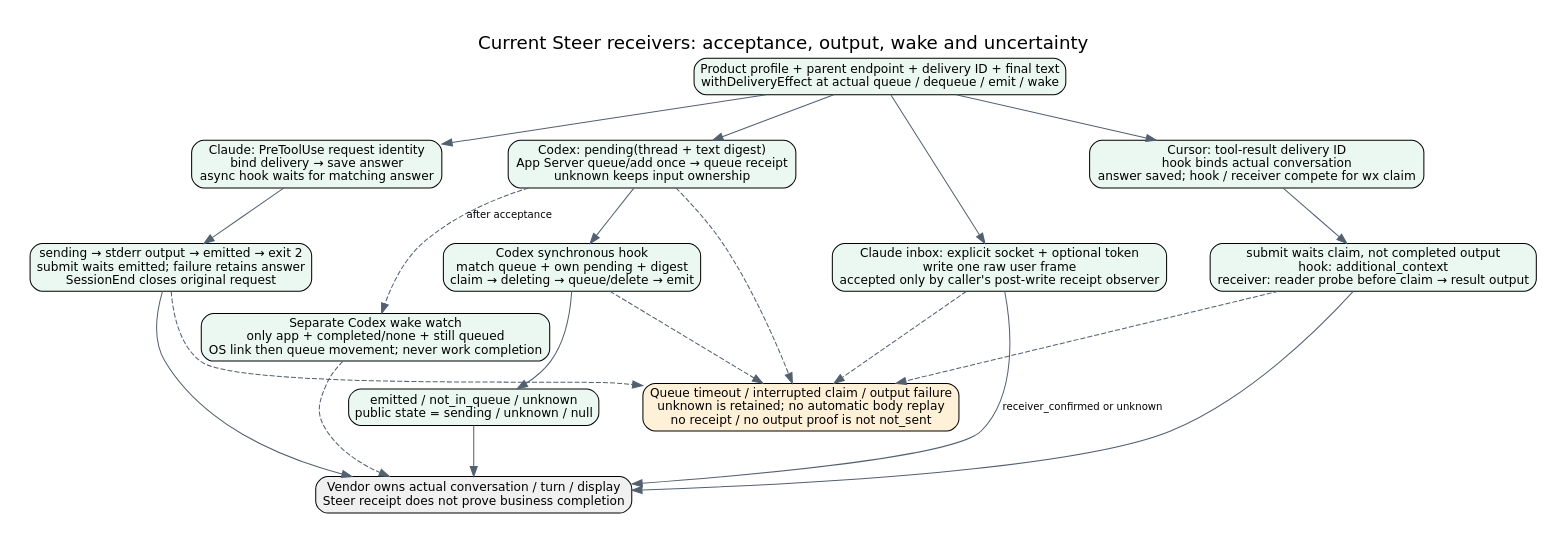
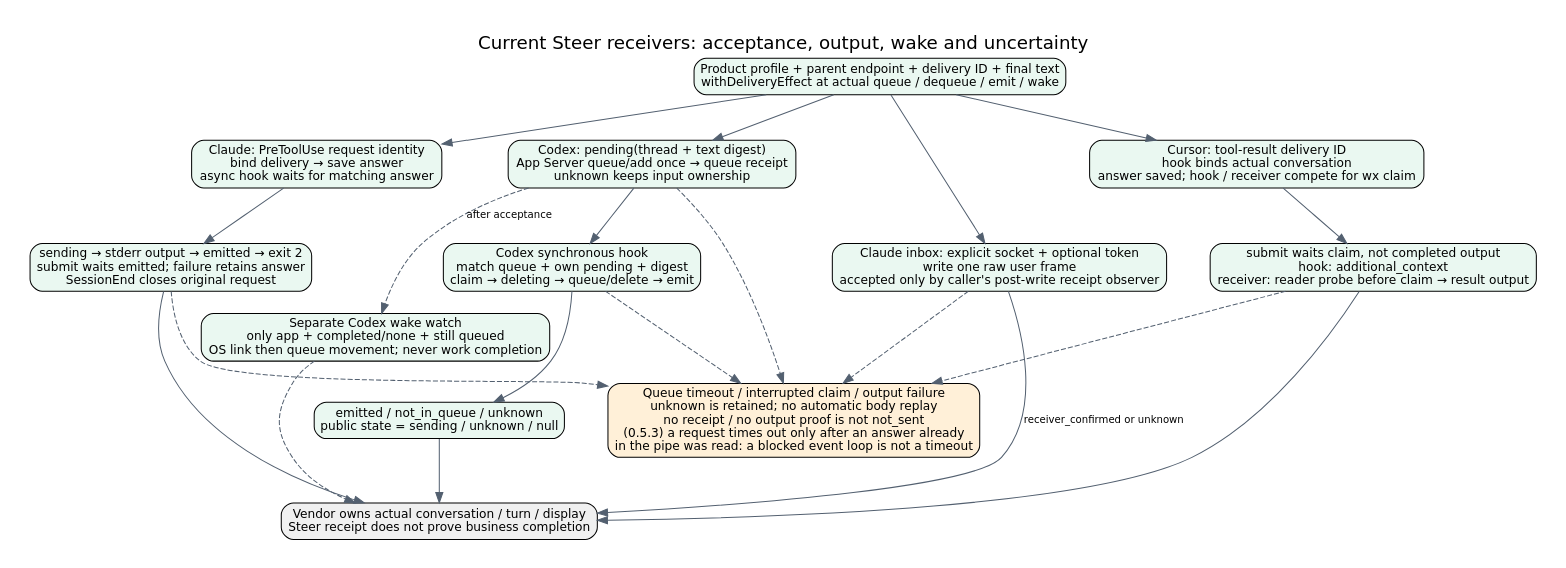
One commit to kitepon/aiterm-steer-delivery changed the diagram in docs/architecture/steer-receivers.dot. Above: the diagram before and after it, drawn with Graphviz. The commit also changed 6 other files, not shown here.

First line of the commit message:
Read an answer already in the pipe before a Codex request times out (0.5.3)

```diff
--- a/docs/architecture/steer-receivers.dot
+++ b/docs/architecture/steer-receivers.dot
@@ -1,21 +1,21 @@
 digraph receivers {
  graph [rankdir=TB,bgcolor="white",pad=0.3,nodesep=0.6,ranksep=0.6,label="Current Steer receivers: acceptance, output, wake and uncertainty",labelloc=t,fontname="DejaVu Sans",fontsize=18];
  node [shape=box,style="rounded,filled",fillcolor="#eaf8f1",fontname="DejaVu Sans",fontsize=12];
  edge [fontname="DejaVu Sans",fontsize=10,color="#536070"];
  input [label="Product profile + parent endpoint + delivery ID + final text\nwithDeliveryEffect at actual queue / dequeue / emit / wake"];
  codex [label="Codex: pending(thread + text digest)\nApp Server queue/add once → queue receipt\nunknown keeps input ownership"];
  hook [label="Codex synchronous hook\nmatch queue + own pending + digest\nclaim → deleting → queue/delete → emit"];
  codexend [label="emitted / not_in_queue / unknown\npublic state = sending / unknown / null"];
  wake [label="Separate Codex wake watch\nonly app + completed/none + still queued\nOS link then queue movement; never work completion"];
  claude [label="Claude: PreToolUse request identity\nbind delivery → save answer\nasync hook waits for matching answer"];
  claudeout [label="sending → stderr output → emitted → exit 2\nsubmit waits emitted; failure retains answer\nSessionEnd closes original request"];
  cursor [label="Cursor: tool-result delivery ID\nhook binds actual conversation\nanswer saved; hook / receiver compete for wx claim"];
  cursorout [label="submit waits claim, not completed output\nhook: additional_context\nreceiver: reader probe before claim → result output"];
  inbox [label="Claude inbox: explicit socket + optional token\nwrite one raw user frame\naccepted only by caller's post-write receipt observer"];
- uncertain [label="Queue timeout / interrupted claim / output failure\nunknown is retained; no automatic body replay\nno receipt / no output proof is not not_sent",fillcolor="#fff0d8"];
+ uncertain [label="Queue timeout / interrupted claim / output failure\nunknown is retained; no automatic body replay\nno receipt / no output proof is not not_sent\n(0.5.3) a request times out only after an answer already\nin the pipe was read: a blocked event loop is not a timeout",fillcolor="#fff0d8"];
  final [label="Vendor owns actual conversation / turn / display\nSteer receipt does not prove business completion",fillcolor="#f0f0f0"];
  input -> codex;input -> claude;input -> cursor;input -> inbox;
  codex -> hook;hook -> codexend;codex -> wake [style=dashed,label="after acceptance"];claude -> claudeout;cursor -> cursorout;
  codexend -> final;claudeout -> final;cursorout -> final;inbox -> final [label="receiver_confirmed or unknown"];wake -> final [style=dashed];
  codex -> uncertain [style=dashed];hook -> uncertain [style=dashed];claudeout -> uncertain [style=dashed];cursorout -> uncertain [style=dashed];inbox -> uncertain [style=dashed];
 }
```
